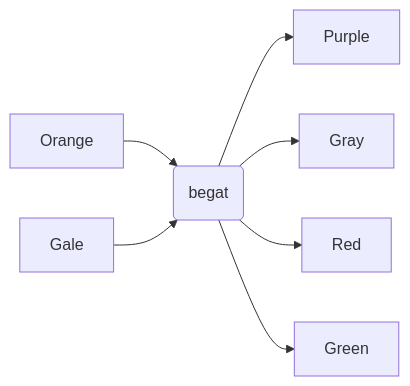
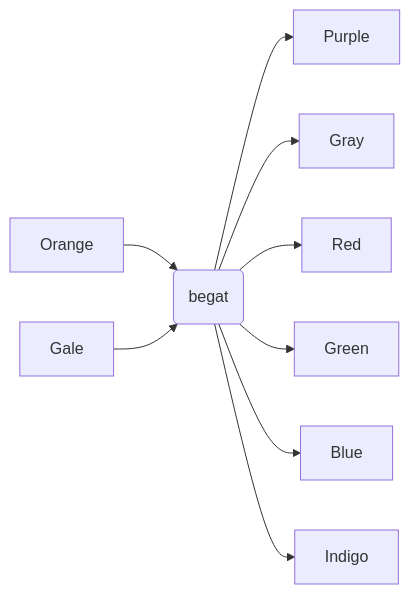
Before and after one commit to WuphonsReach/rimworld-notes: the diagram in plays/BaidaTribe2025/Baida-FamilyTrees.md, drawn with Mermaid. The commit also changed 1 other file, not shown here.

Commit message:
Baida 5527

````diff
--- a/plays/BaidaTribe2025/Baida-FamilyTrees.md
+++ b/plays/BaidaTribe2025/Baida-FamilyTrees.md
@@ -5,9 +5,11 @@
 ```mermaid
 flowchart LR
   Orange --> OrangeGale(begat)
   Gale --> OrangeGale(begat)
   OrangeGale --> Purple
   OrangeGale --> Gray
   OrangeGale --> Red
   OrangeGale --> Green
+  OrangeGale --> Blue
+  OrangeGale --> Indigo
 ```
````
